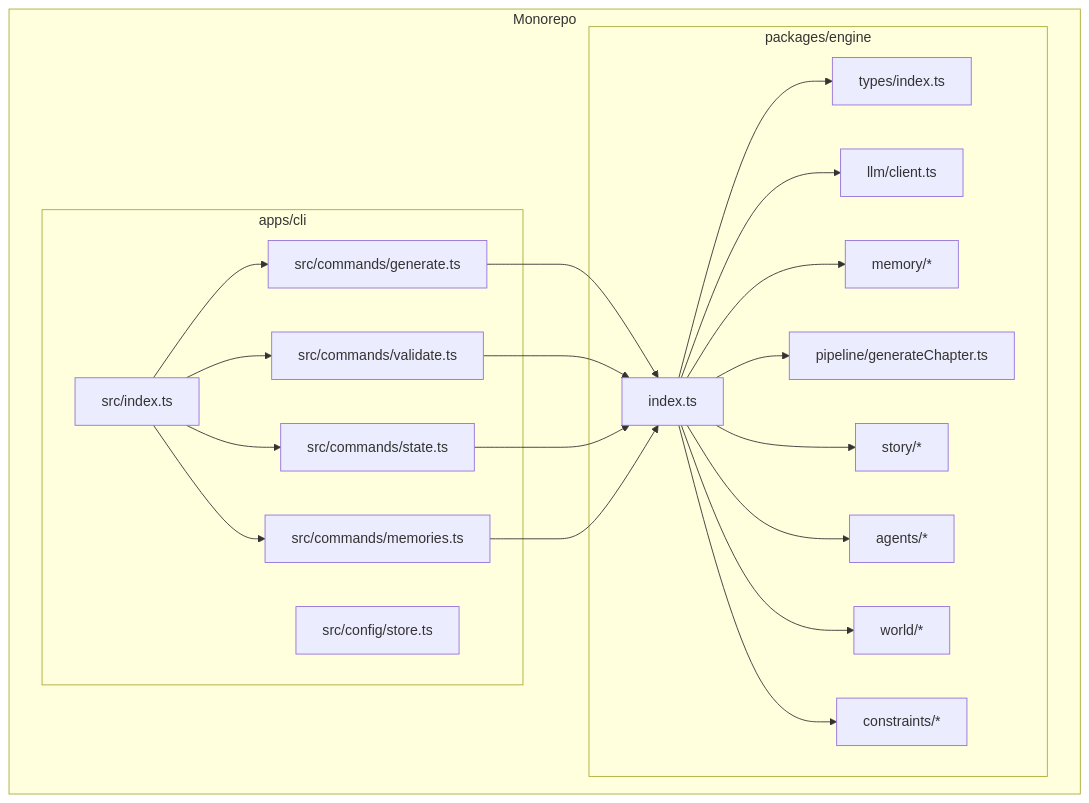
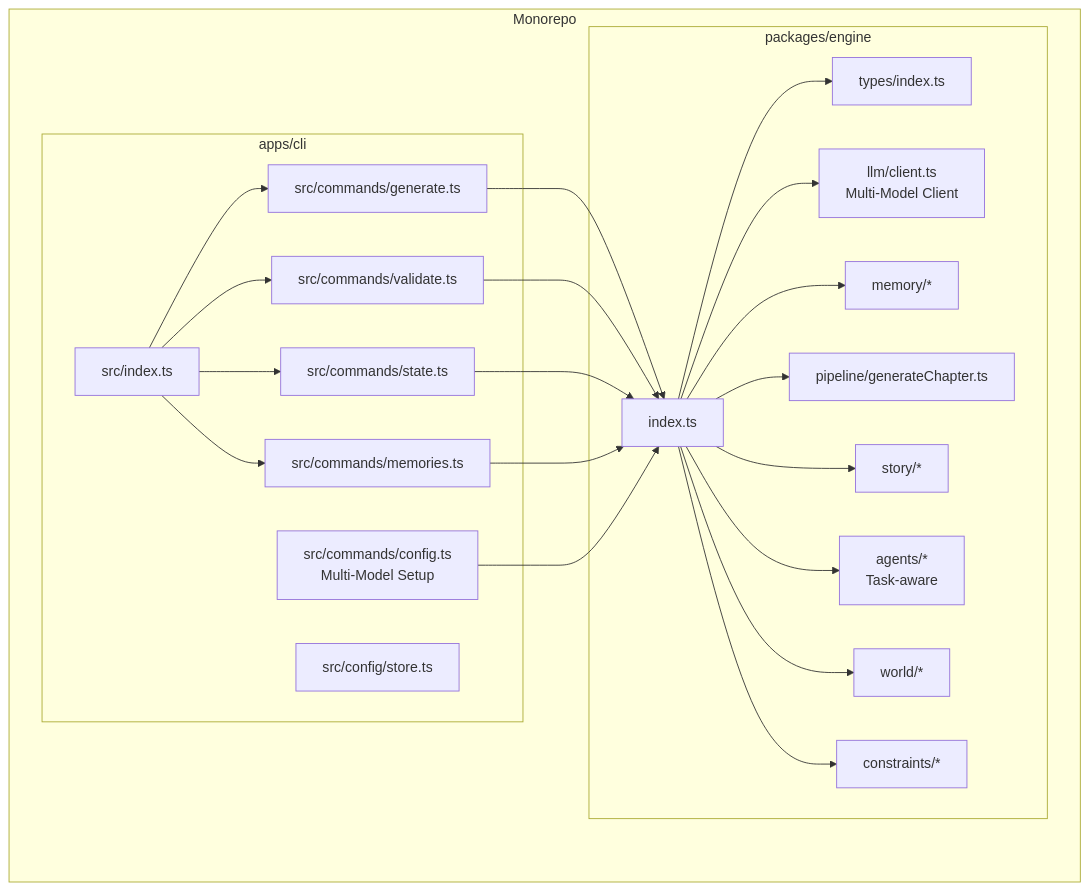
Before and after one commit to liwonder/NARRITIVE_OS: the first of 14 diagrams in .qoder/repowiki/en/content/Engine Architecture/Engine Architecture.md, drawn with Mermaid. The commit also changed other lines of this file and 12 other files, not shown here.

````diff
--- a/.qoder/repowiki/en/content/Engine Architecture/Engine Architecture.md
+++ b/.qoder/repowiki/en/content/Engine Architecture/Engine Architecture.md
@@ -71,40 +71,42 @@
 ```mermaid
 graph TB
 subgraph "Monorepo"
 subgraph "packages/engine"
 E_Index["index.ts"]
 E_Types["types/index.ts"]
-E_LLM["llm/client.ts"]
+E_LLM["llm/client.ts<br/>Multi-Model Client"]
 E_Memory["memory/*"]
 E_Pipeline["pipeline/generateChapter.ts"]
 E_Story["story/*"]
-E_Agents["agents/*"]
+E_Agents["agents/*<br/>Task-aware"]
 E_World["world/*"]
 E_Constraints["constraints/*"]
 end
 subgraph "apps/cli"
 C_Index["src/index.ts"]
 C_Gen["src/commands/generate.ts"]
 C_Validate["src/commands/validate.ts"]
 C_State["src/commands/state.ts"]
 C_Memories["src/commands/memories.ts"]
 C_Store["src/config/store.ts"]
+C_Config["src/commands/config.ts<br/>Multi-Model Setup"]
 end
 end
 C_Index --> C_Gen
 C_Index --> C_Validate
 C_Index --> C_State
 C_Index --> C_Memories
 C_Gen --> E_Index
 C_Validate --> E_Index
 C_State --> E_Index
 C_Memories --> E_Index
+C_Config --> E_Index
 E_Index --> E_Types
 E_Index --> E_LLM
 E_Index --> E_Memory
 E_Index --> E_Pipeline
 E_Index --> E_Story
 E_Index --> E_Agents
 E_Index --> E_World
 E_Index --> E_Constraints
 ```
````
